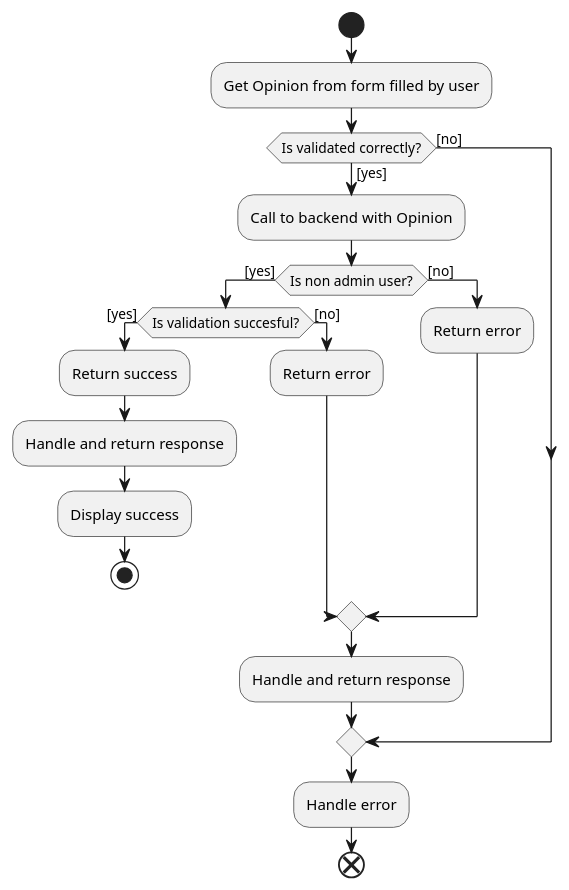
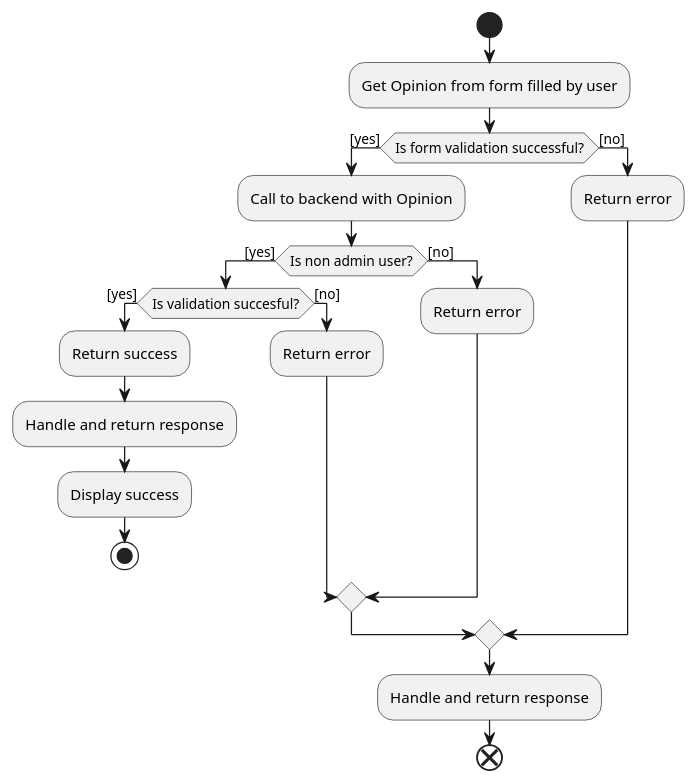
The fourth of 7 diagrams in WholeApplicationFlowDiagrams.md (RadekBucki/OpinionCollectorArchitecture), drawn with PlantUML before and after one commit. The commit also changed other lines of this file, not shown here.

Commit message:
Sequence diagram match activity diagram

````diff
--- a/WholeApplicationFlowDiagrams.md
+++ b/WholeApplicationFlowDiagrams.md
@@ -132,27 +136,27 @@
 ```plantuml
 @startuml
 
 start
 :Get Opinion from form filled by user;
-if (Is validated correctly?) then ([yes])
+if (Is form validation successful?) then ([yes])
     :Call to backend with Opinion;
     if (Is non admin user?) then ([yes])
         if (Is validation succesful?) then ([yes])
             :Return success;
             :Handle and return response;
             :Display success;
             stop;
         else ([no])
             :Return error;
         endif;
     else ([no])
         :Return error;
     endif;
-    :Handle and return response;
 else ([no])
+    :Return error;
 endif;
-:Handle error;
+:Handle and return response;
 end;
 
 @enduml
 ```
````
